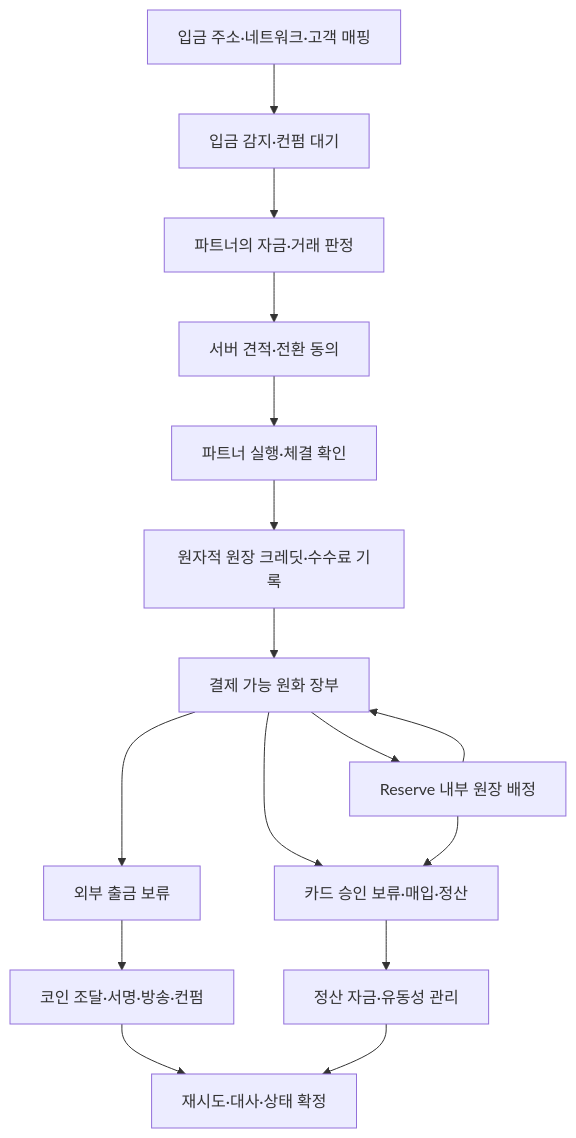
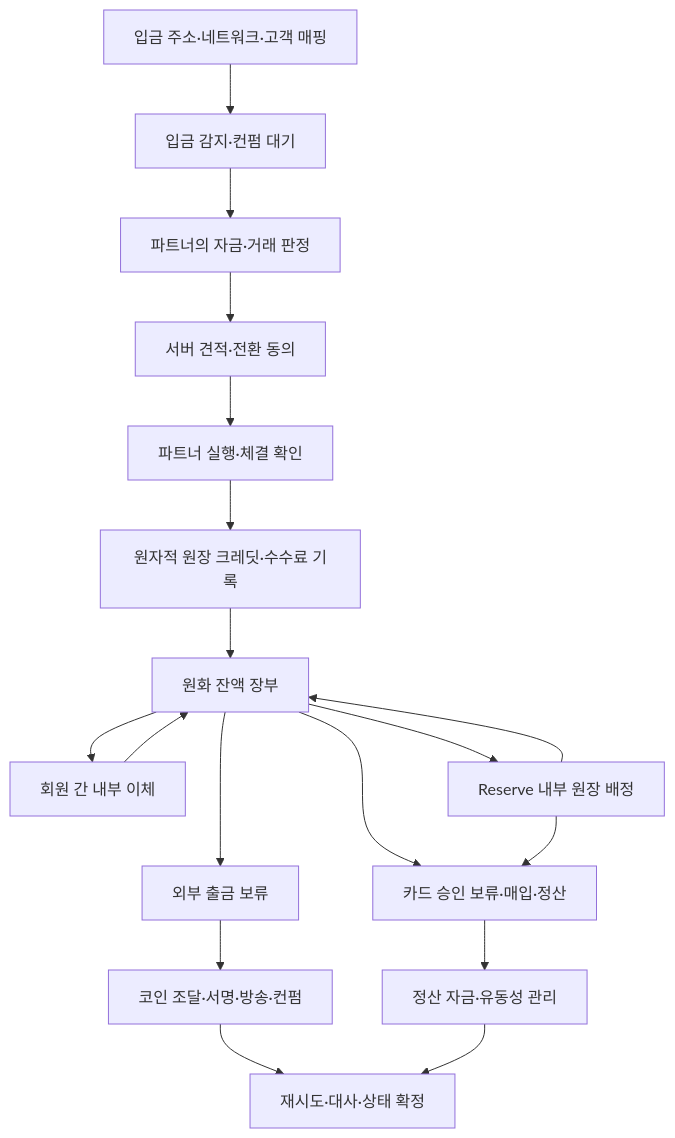
The diagram in docs/funding-architecture.md (sohw400/aquacard), drawn with Mermaid before and after one commit. The commit also changed other lines of this file and 86 other files, not shown here.

````diff
--- a/docs/funding-architecture.md
+++ b/docs/funding-architecture.md
@@ -21,18 +28,20 @@
 ```mermaid
 flowchart TD
     A[입금 주소·네트워크·고객 매핑] --> B[입금 감지·컨펌 대기]
     B --> C[파트너의 자금·거래 판정]
     C --> D[서버 견적·전환 동의]
     D --> E[파트너 실행·체결 확인]
     E --> F[원자적 원장 크레딧·수수료 기록]
-    F --> G[결제 가능 원화 장부]
+    F --> G[원화 잔액 장부]
+    G --> M[회원 간 내부 이체]
+    M --> G
     G --> R[Reserve 내부 원장 배정]
     G --> P[카드 승인 보류·매입·정산]
     R --> P
     R --> G
     G --> W[외부 출금 보류]
     W --> X[코인 조달·서명·방송·컨펌]
     P --> T[정산 자금·유동성 관리]
     X --> Z[재시도·대사·상태 확정]
     T --> Z
 ```
````
